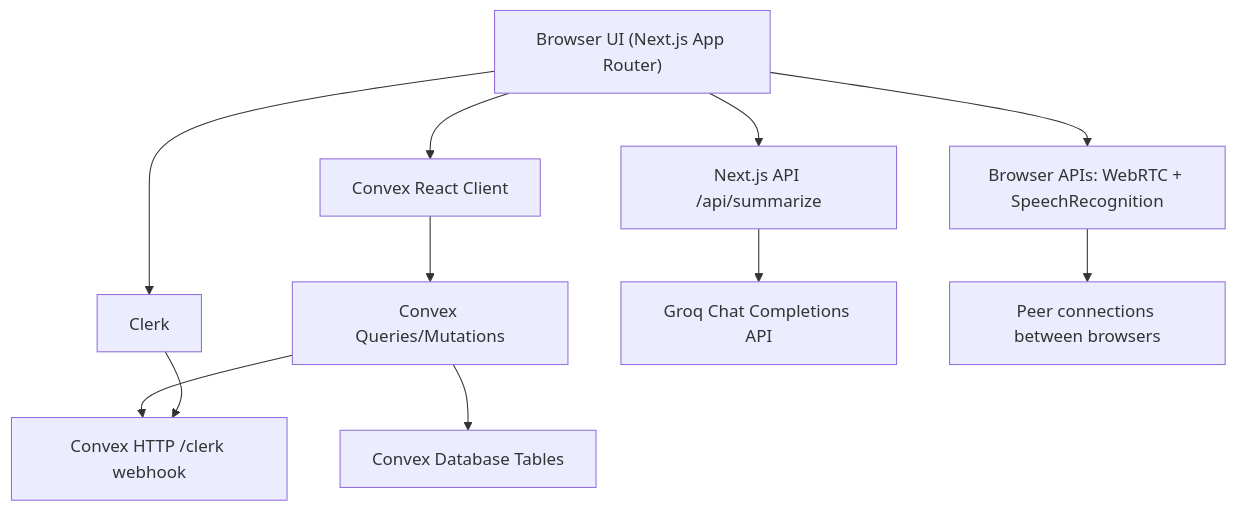
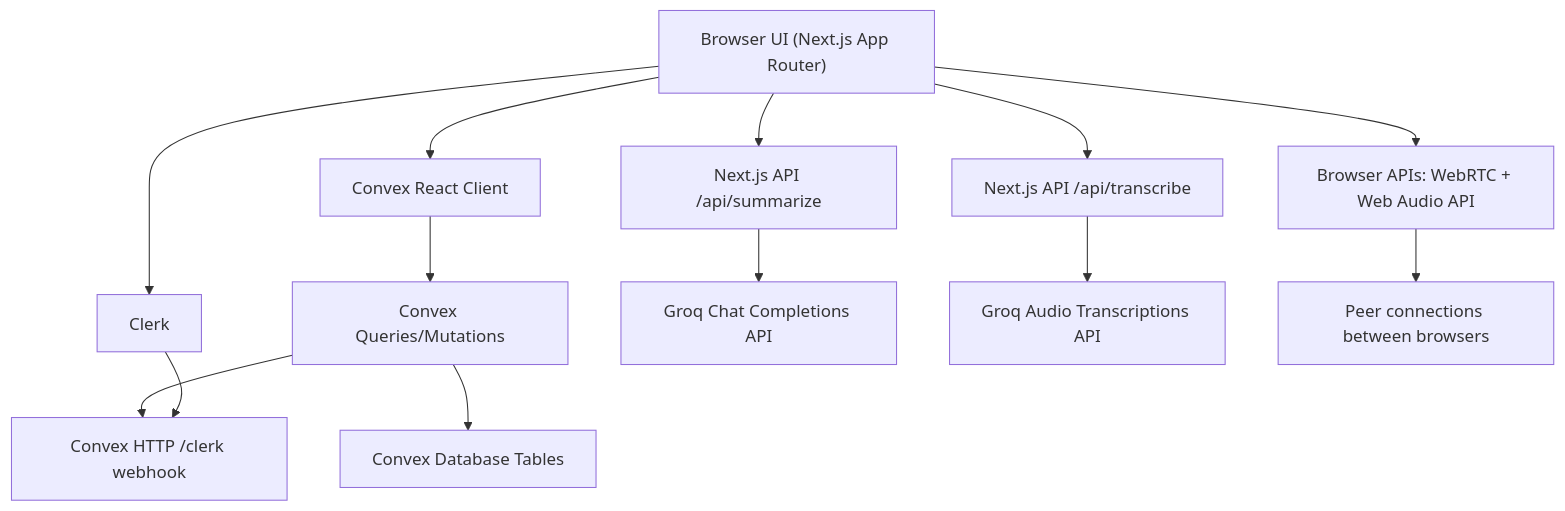
One commit to adityashah2701/meeting-bot changed the diagram in docs/current-implementation.md. Above: the diagram before and after it, drawn with Mermaid. The commit also changed other lines of this file and 3 other files, not shown here.

````diff
--- a/docs/current-implementation.md
+++ b/docs/current-implementation.md
@@ -68,15 +68,17 @@
 ```mermaid
 flowchart TD
     A["Browser UI (Next.js App Router)"] --> B["Clerk"]
     A --> C["Convex React Client"]
     A --> D["Next.js API /api/summarize"]
-    A --> E["Browser APIs: WebRTC + SpeechRecognition"]
+    A --> K["Next.js API /api/transcribe"]
+    A --> E["Browser APIs: WebRTC + Web Audio API"]
 
     C --> F["Convex Queries/Mutations"]
     F --> G["Convex Database Tables"]
     F --> H["Convex HTTP /clerk webhook"]
 
     B --> H
     D --> I["Groq Chat Completions API"]
+    K --> L["Groq Audio Transcriptions API"]
     E --> J["Peer connections between browsers"]
 ```
````
